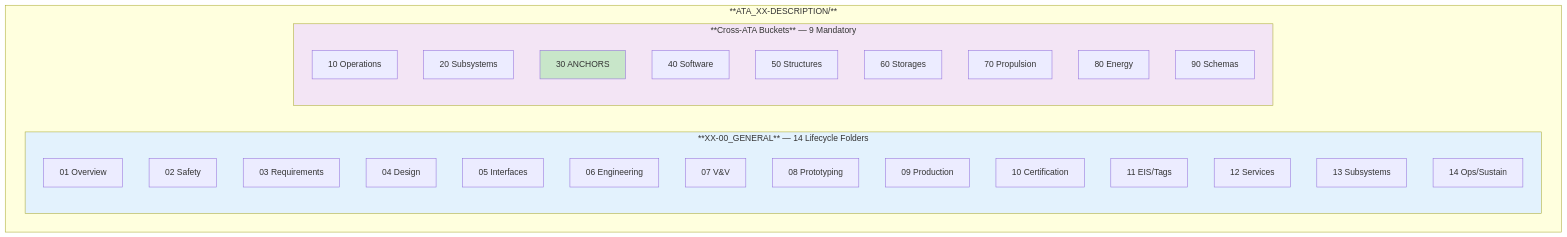
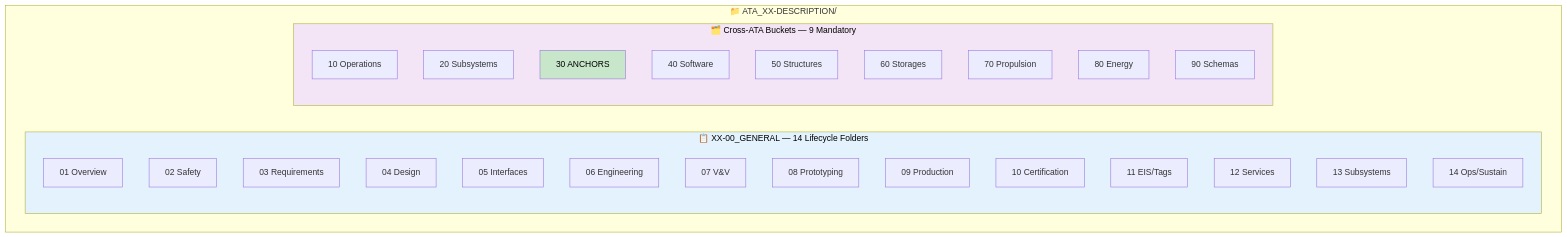
The fourth of 9 diagrams in README.md (AmedeoPelliccia/AMPEL360-BWB-H2-Hy-E), drawn with Mermaid before and after one commit. The commit also changed other lines of this file, not shown here.

````diff
--- a/README.md
+++ b/README.md
@@ -211,37 +217,37 @@
 ```mermaid
 flowchart TB
-    subgraph ATA["**ATA_XX-DESCRIPTION/**"]
-        subgraph GEN["**XX-00_GENERAL** — 14 Lifecycle Folders"]
+    subgraph ATA["📁 ATA_XX-DESCRIPTION/"]
+        subgraph GEN["📋 XX-00_GENERAL — 14 Lifecycle Folders"]
             G01["01 Overview"]
             G02["02 Safety"]
             G03["03 Requirements"]
             G04["04 Design"]
             G05["05 Interfaces"]
             G06["06 Engineering"]
             G07["07 V&V"]
             G08["08 Prototyping"]
             G09["09 Production"]
             G10["10 Certification"]
             G11["11 EIS/Tags"]
             G12["12 Services"]
             G13["13 Subsystems"]
             G14["14 Ops/Sustain"]
         end
 
-        subgraph BUCKETS["**Cross-ATA Buckets** — 9 Mandatory"]
+        subgraph BUCKETS["🗂️ Cross-ATA Buckets — 9 Mandatory"]
             B10["10 Operations"]
             B20["20 Subsystems"]
             B30["30 ANCHORS"]
             B40["40 Software"]
             B50["50 Structures"]
             B60["60 Storages"]
             B70["70 Propulsion"]
             B80["80 Energy"]
             B90["90 Schemas"]
         end
     end
 
-    style GEN fill:#e3f2fd
-    style BUCKETS fill:#f3e5f5
-    style B30 fill:#c8e6c9
+    style GEN fill:#e3f2fd,color:#000
+    style BUCKETS fill:#f3e5f5,color:#000
+    style B30 fill:#c8e6c9,color:#000
 ```
````
